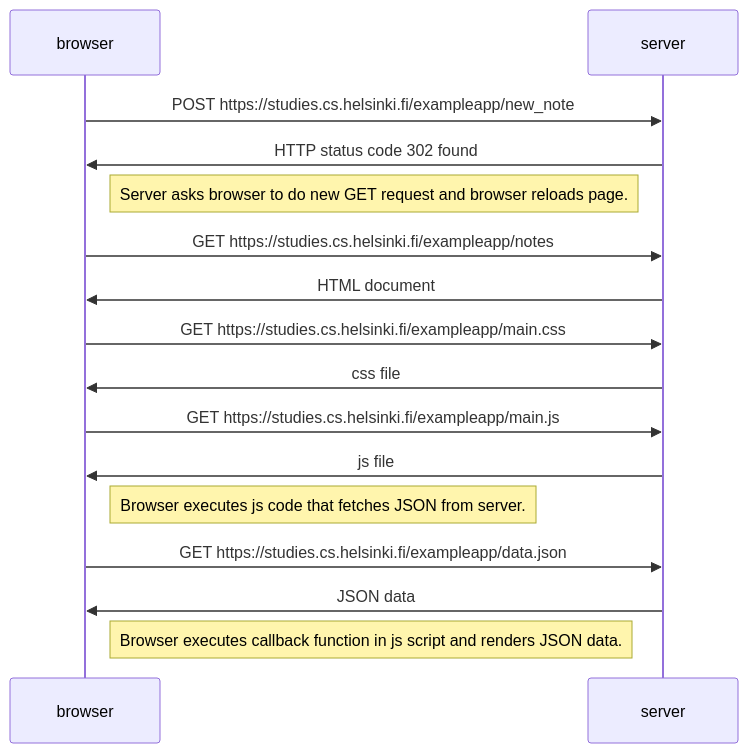
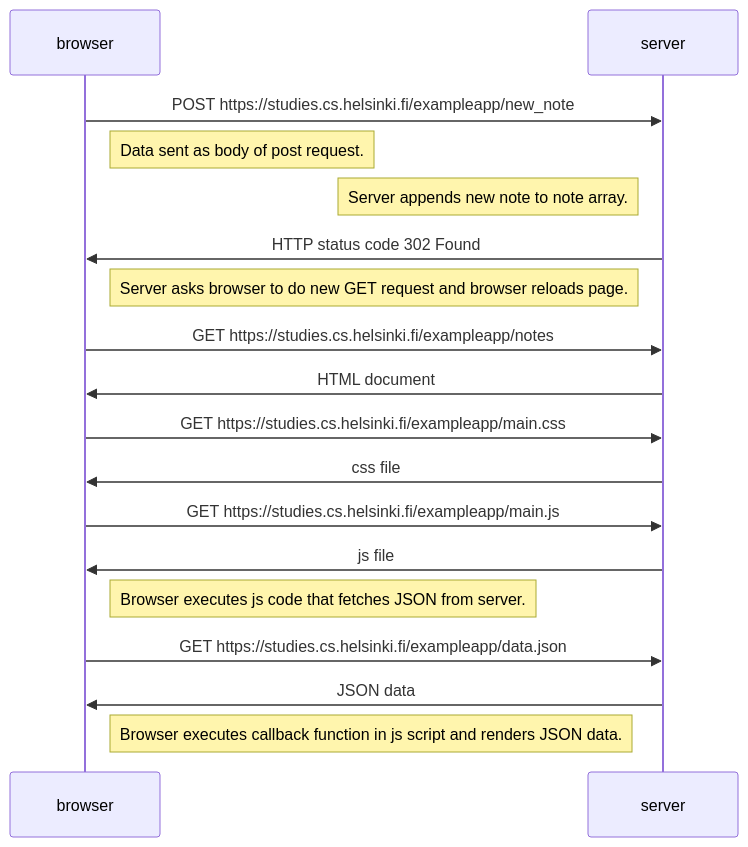
Before and after one commit to adam-herrala-bricker/fullstack: the diagram in part_0/ex_4.md, drawn with Mermaid. The commit also changed 1 other file, not shown here.

Commit message:
more notes

````diff
--- a/part_0/ex_4.md
+++ b/part_0/ex_4.md
@@ -1,16 +1,18 @@
 ```mermaid
 sequenceDiagram 
     browser->>server: POST https://studies.cs.helsinki.fi/exampleapp/new_note
-    server->>browser: HTTP status code 302 found
+    Note right of browser: Data sent as body of post request.
+    Note left of server: Server appends new note to note array.
+    server->>browser: HTTP status code 302 Found
     Note left of server: Server asks browser to do new GET request and browser reloads page.
     browser->>server: GET https://studies.cs.helsinki.fi/exampleapp/notes
     server->>browser: HTML document
     browser->>server: GET https://studies.cs.helsinki.fi/exampleapp/main.css
     server->>browser: css file
     browser->>server: GET https://studies.cs.helsinki.fi/exampleapp/main.js
     server->>browser: js file
     Note right of browser: Browser executes js code that fetches JSON from server.
     browser->>server: GET https://studies.cs.helsinki.fi/exampleapp/data.json
     server->>browser: JSON data
     Note right of browser: Browser executes callback function in js script and renders JSON data.
 ```
````
